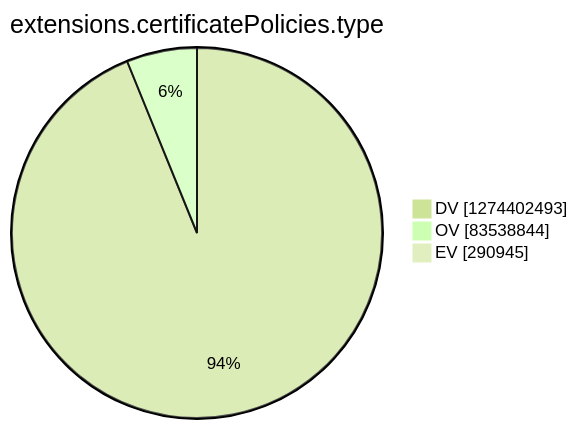
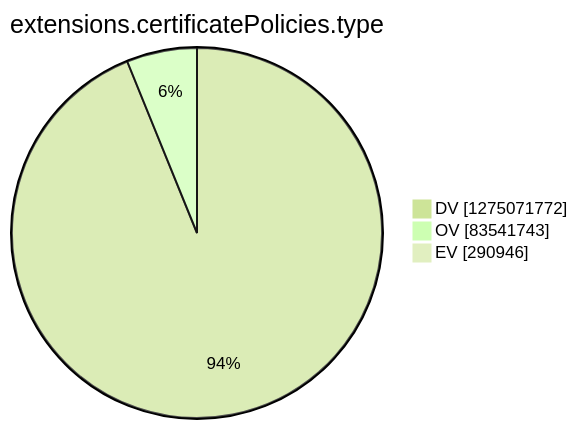
One commit to christiankrug/ctmonitor_visualization changed the tenth of 15 diagrams in argon2022/README.md. Above: the diagram before and after it, drawn with Mermaid (forest theme). The commit also changed other lines of this file, not shown here.

````diff
--- a/argon2022/README.md
+++ b/argon2022/README.md
@@ -2771,7 +2771,7 @@
 ```mermaid
 pie showData
 title extensions.certificatePolicies.type
-"DV" :1274402493
-"OV" :83538844
-"EV" :290945
+"DV" :1275071772
+"OV" :83541743
+"EV" :290946
 ```
````
